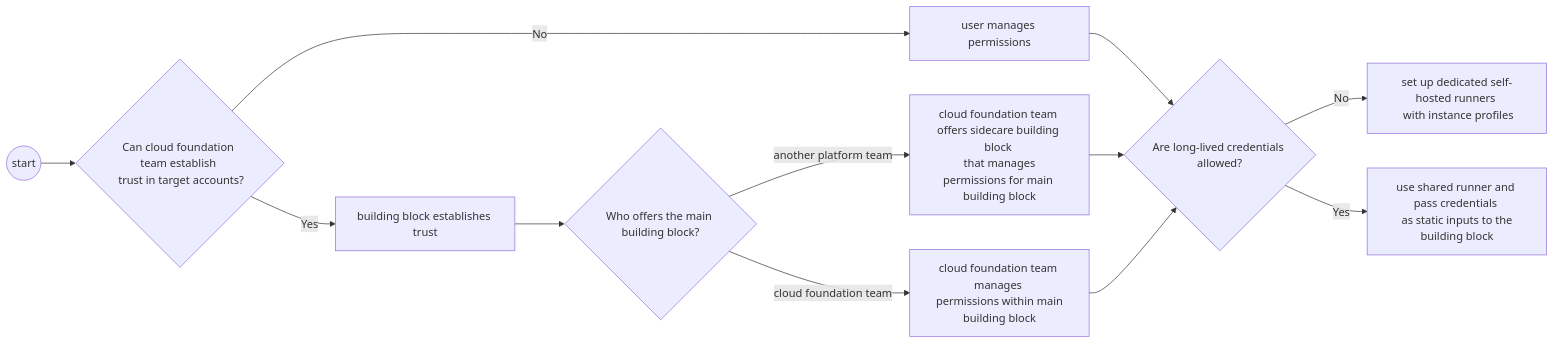
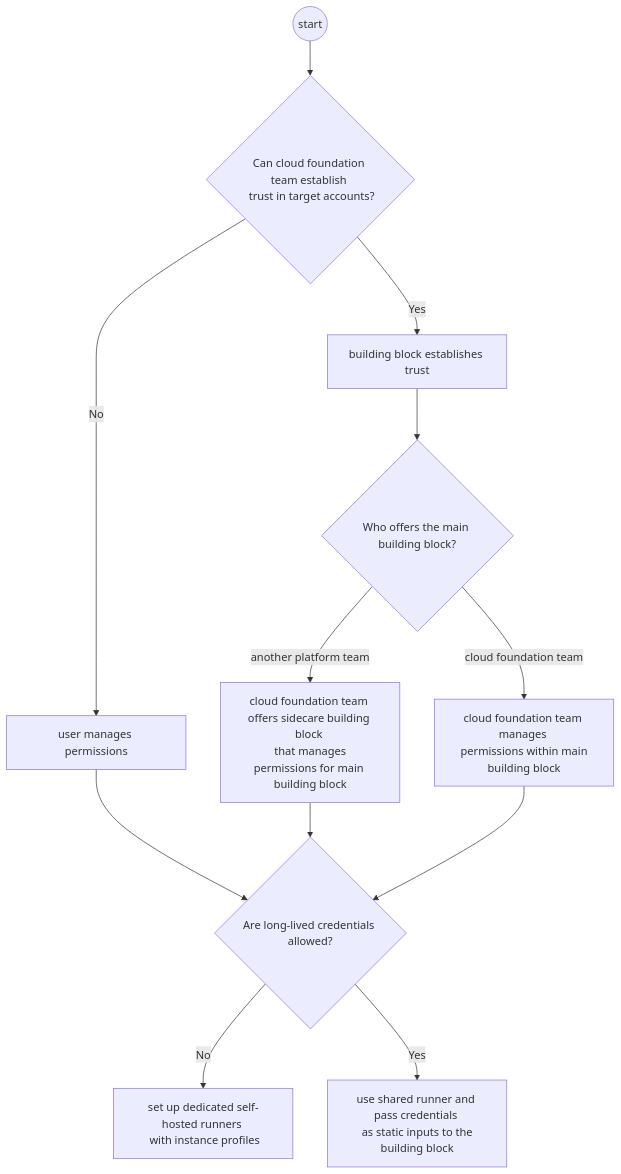
One commit to meshcloud/meshcloud-docs changed the diagram in docs/meshstack.building-blocks.aws-reference-architecture.md. Above: the diagram before and after it, drawn with Mermaid. The commit also changed other lines of this file, not shown here.

Commit message:
Change graph to TD; add missing half-sentence

````diff
--- a/docs/meshstack.building-blocks.aws-reference-architecture.md
+++ b/docs/meshstack.building-blocks.aws-reference-architecture.md
@@ -17,24 +17,24 @@
 ```mermaid
-graph LR
+graph TD
 
 start((start))
 start --> trust
 
 trust{Can cloud foundation team establish <br> trust in target accounts?}
 trust -- Yes --> cfManagesPermissions[building block establishes trust]
 trust -- No --> userPermissionSetup[users establish trust]
 
 cfManagesPermissions --> teams
 userPermissionSetup[user manages permissions] --> credentials
 
 teams{Who offers the main building block?}
 teams -- cloud foundation team --> mainbb[cloud foundation team manages <br> permissions within main building block]
 teams -- another platform team --> sidecarbb[cloud foundation team offers sidecare building block <br> that manages permissions for main building block]
 
 sidecarbb --> credentials
 mainbb --> credentials
 
 credentials{Are long-lived credentials allowed?}
 credentials -- No --> dedicatedRunners[set up dedicated self-hosted runners <br> with instance profiles]
 credentials -- Yes --> sharedRunner[use shared runner and pass credentials <br> as static inputs to the building block] 
 ```
````
